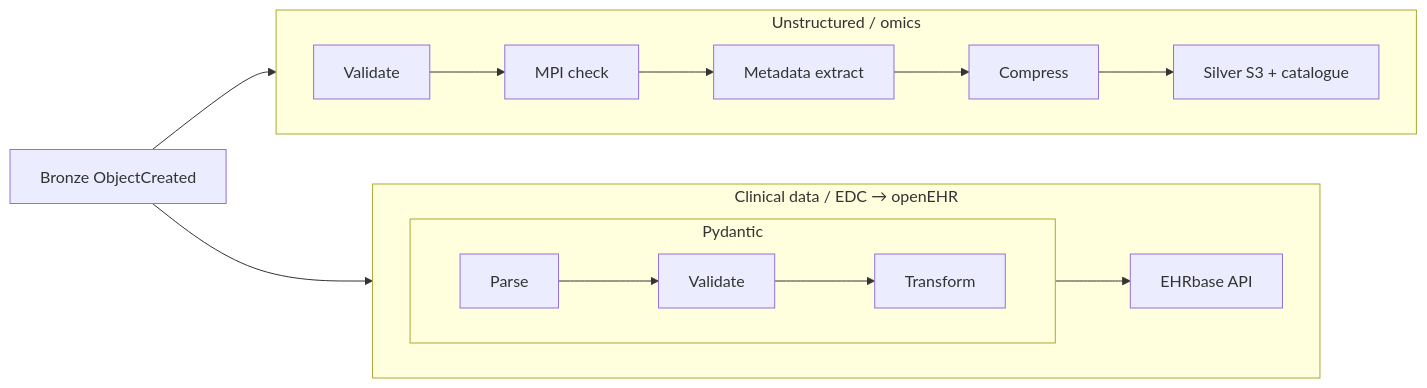
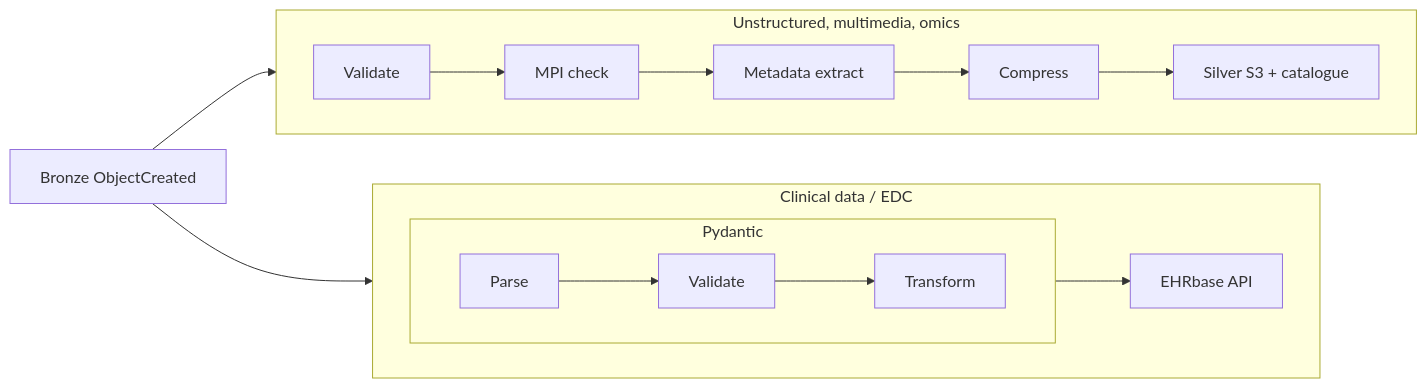
Before and after one commit to PedroMTQ/data_architecture_blueprint: the diagram in slides/pages/04_bronze_to_silver.md, drawn with Mermaid. The commit also changed 5 other files, not shown here.

````diff
--- a/slides/pages/04_bronze_to_silver.md
+++ b/slides/pages/04_bronze_to_silver.md
@@ -64,19 +64,19 @@
 ```mermaid
 flowchart LR
   O[Bronze ObjectCreated]
-  subgraph EDC [Clinical data / EDC → openEHR]
+  subgraph EDC [Clinical data / EDC]
     direction LR
     subgraph PYD [Pydantic]
       direction LR
       P1[Parse] --> P2[Validate] --> P3[Transform]
     end
     E4[EHRbase API]
     P3 --> E4
   end
-  subgraph UNST [Unstructured / omics]
+  subgraph UNST [Unstructured, multimedia, omics]
     direction LR
     U1[Validate] --> U2[MPI check] --> U3[Metadata extract] --> U4[Compress] --> U5[Silver S3 + catalogue]
   end
   O --> P1
   O --> U1
 ```
````
